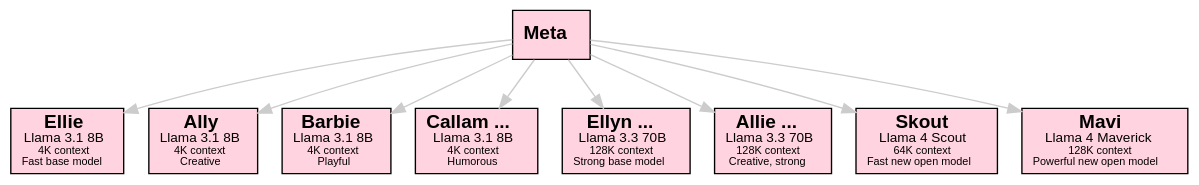
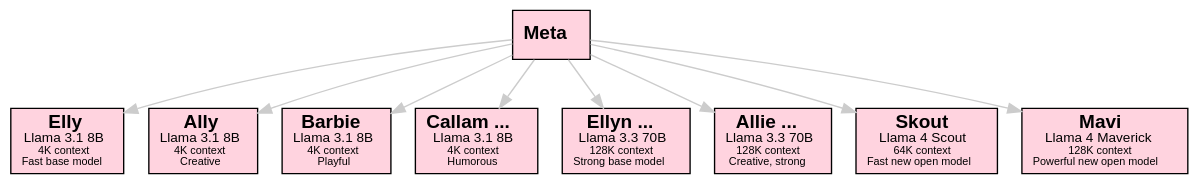
The fourth of 14 diagrams in doc/guide.md (sswam/allemande), drawn with Graphviz before and after one commit. The commit also changed other lines of this file and 11 other files, not shown here.

Commit message:
fix(agents): rename Ellie to Elly

````diff
--- a/doc/guide.md
+++ b/doc/guide.md
@@ -434,26 +434,26 @@
 ```dot
 digraph Meta {
     graph [bgcolor=transparent]
     edge [color="#CCCCCC"]
     node [shape=box, style=filled, fillcolor="#FFD3DF", fontname="Helvetica"]
 
     "Meta" [label=<<b>Meta</b>>]
-    "Ellie" [label=<<b>Ellie</b><br/><font point-size="10">Llama 3.1 8B</font><br/><font point-size="8">4K context</font><br/><font point-size="8">Fast base model</font>>]
+    "Elly" [label=<<b>Elly</b><br/><font point-size="10">Llama 3.1 8B</font><br/><font point-size="8">4K context</font><br/><font point-size="8">Fast base model</font>>]
     "Ally" [label=<<b>Ally</b><br/><font point-size="10">Llama 3.1 8B</font><br/><font point-size="8">4K context</font><br/><font point-size="8">Creative</font>>]
     "Barbie" [label=<<b>Barbie</b><br/><font point-size="10">Llama 3.1 8B</font><br/><font point-size="8">4K context</font><br/><font point-size="8">Playful</font>>]
     "Callam" [label=<<b>Callam ...</b><br/><font point-size="10">Llama 3.1 8B</font><br/><font point-size="8">4K context</font><br/><font point-size="8">Humorous</font>>]
     "Ellyn" [label=<<b>Ellyn ...</b><br/><font point-size="10">Llama 3.3 70B</font><br/><font point-size="8">128K context</font><br/><font point-size="8">Strong base model</font>>]
     "Allie" [label=<<b>Allie ...</b><br/><font point-size="10">Llama 3.3 70B</font><br/><font point-size="8">128K context</font><br/><font point-size="8">Creative, strong</font>>]
     "Skout" [label=<<b>Skout</b><br/><font point-size="10">Llama 4 Scout</font><br/><font point-size="8">64K context</font><br/><font point-size="8">Fast new open model</font>>]
     "Mavi" [label=<<b>Mavi</b><br/><font point-size="10">Llama 4 Maverick</font><br/><font point-size="8">128K context</font><br/><font point-size="8">Powerful new open model</font>>]
 
-    "Meta" -> "Ellie"
+    "Meta" -> "Elly"
     "Meta" -> "Ally"
     "Meta" -> "Barbie"
     "Meta" -> "Callam"
     "Meta" -> "Ellyn"
     "Meta" -> "Allie"
     "Meta" -> "Skout"
     "Meta" -> "Mavi"
 }
 ```
````
